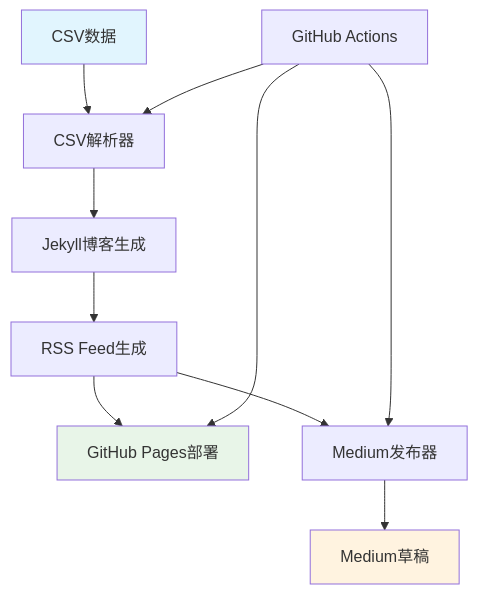
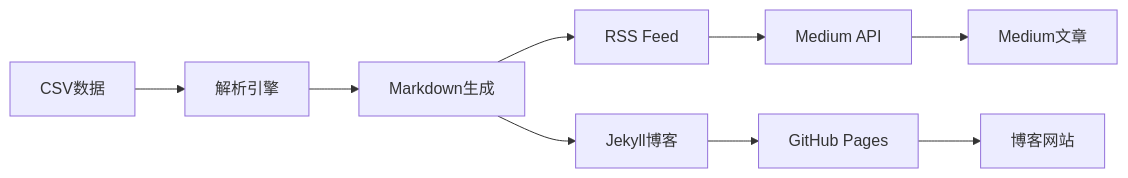
The diagram in README.md (zhangxin15435/rss_autopost), drawn with Mermaid before and after one commit. The commit also changed other lines of this file and 5 other files, not shown here.

````diff
--- a/README.md
+++ b/README.md
@@ -16,17 +18,11 @@
 ```mermaid
-graph TB
-    A[CSV数据] --> B[CSV解析器]
-    B --> C[Jekyll博客生成]
-    C --> D[RSS Feed生成]
-    D --> E[GitHub Pages部署]
-    D --> F[Medium发布器]
-    F --> G[Medium草稿]
-    
-    H[GitHub Actions] --> B
-    H --> E
-    H --> F
-    
-    style A fill:#e1f5fe
-    style E fill:#e8f5e8
-    style G fill:#fff3e0
+graph LR
+    A[CSV数据] --> B[解析引擎]
+    B --> C[Markdown生成]
+    C --> D[RSS Feed]
+    C --> E[Jekyll博客]
+    D --> F[Medium API]
+    E --> G[GitHub Pages]
+    F --> H[Medium文章]
+    G --> I[博客网站]
 ```
````
